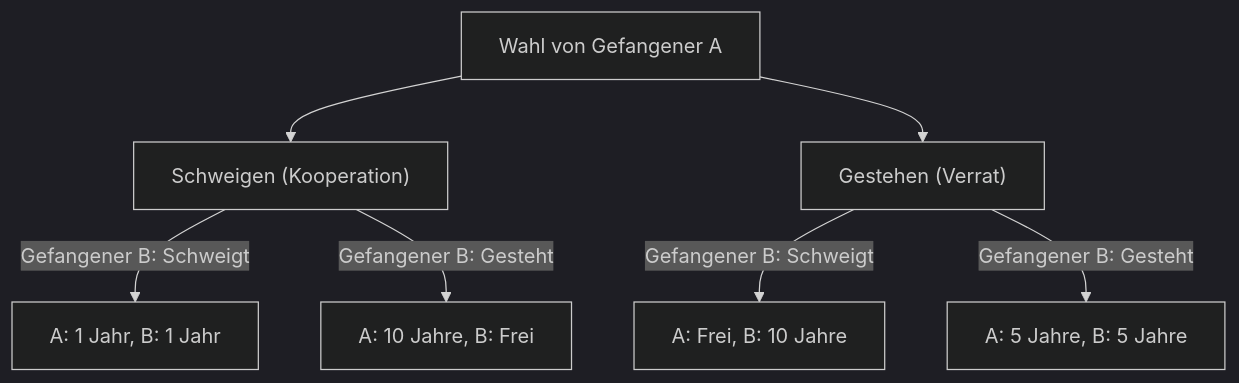
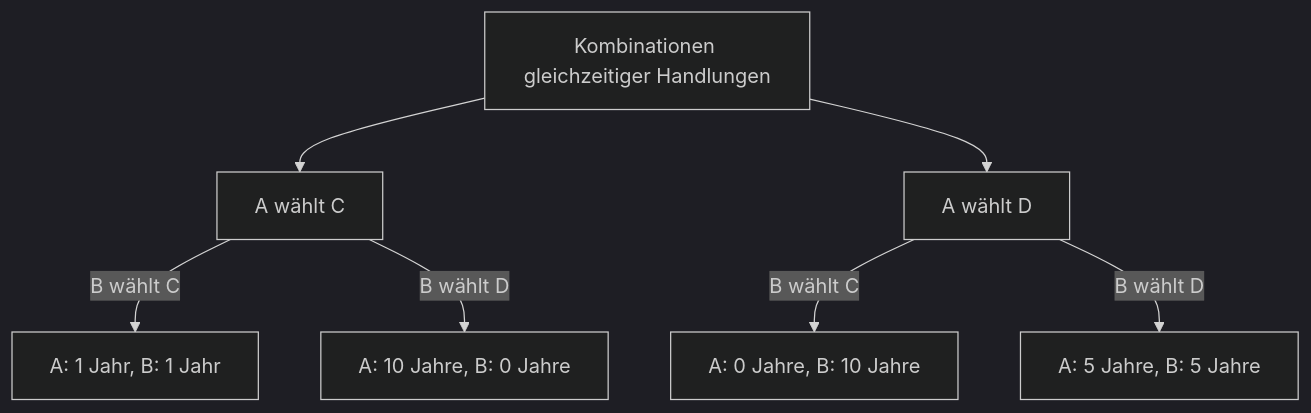
Before and after one commit to kenjinote/blog: the first of 2 diagrams in content/post/paradox-prisoners-dilemma/index.de.md, drawn with Mermaid (dark theme). The commit also changed other lines of this file and 9 other files, not shown here.

````diff
--- a/content/post/paradox-prisoners-dilemma/index.de.md
+++ b/content/post/paradox-prisoners-dilemma/index.de.md
@@ -38,12 +35,9 @@
 ```mermaid
 graph TD
-    A["Wahl von Gefangener A"]
-    B["Schweigen (Kooperation)"]
-    C["Gestehen (Verrat)"]
-    A --> B
-    A --> C
-    B -- "Gefangener B: Schweigt" --> D["A: 1 Jahr, B: 1 Jahr"]
-    B -- "Gefangener B: Gesteht" --> E["A: 10 Jahre, B: Frei"]
-    C -- "Gefangener B: Schweigt" --> F["A: Frei, B: 10 Jahre"]
-    C -- "Gefangener B: Gesteht" --> G["A: 5 Jahre, B: 5 Jahre"]
+    Start["Kombinationen gleichzeitiger Handlungen"] --> AC["A wählt C"]
+    Start --> AD["A wählt D"]
+    AC -->|"B wählt C"| CC["A: 1 Jahr, B: 1 Jahr"]
+    AC -->|"B wählt D"| CD["A: 10 Jahre, B: 0 Jahre"]
+    AD -->|"B wählt C"| DC["A: 0 Jahre, B: 10 Jahre"]
+    AD -->|"B wählt D"| DD["A: 5 Jahre, B: 5 Jahre"]
 ```
````
